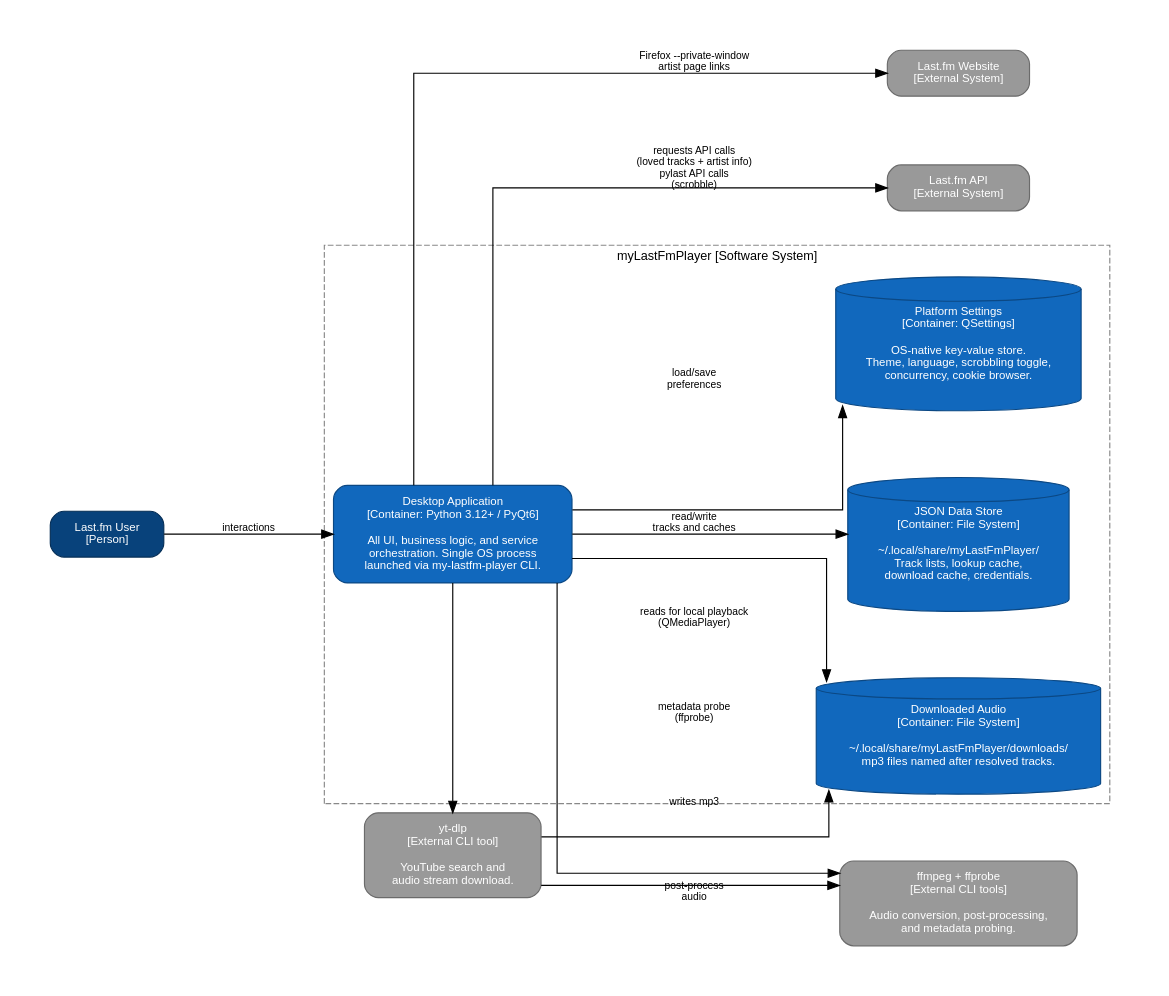
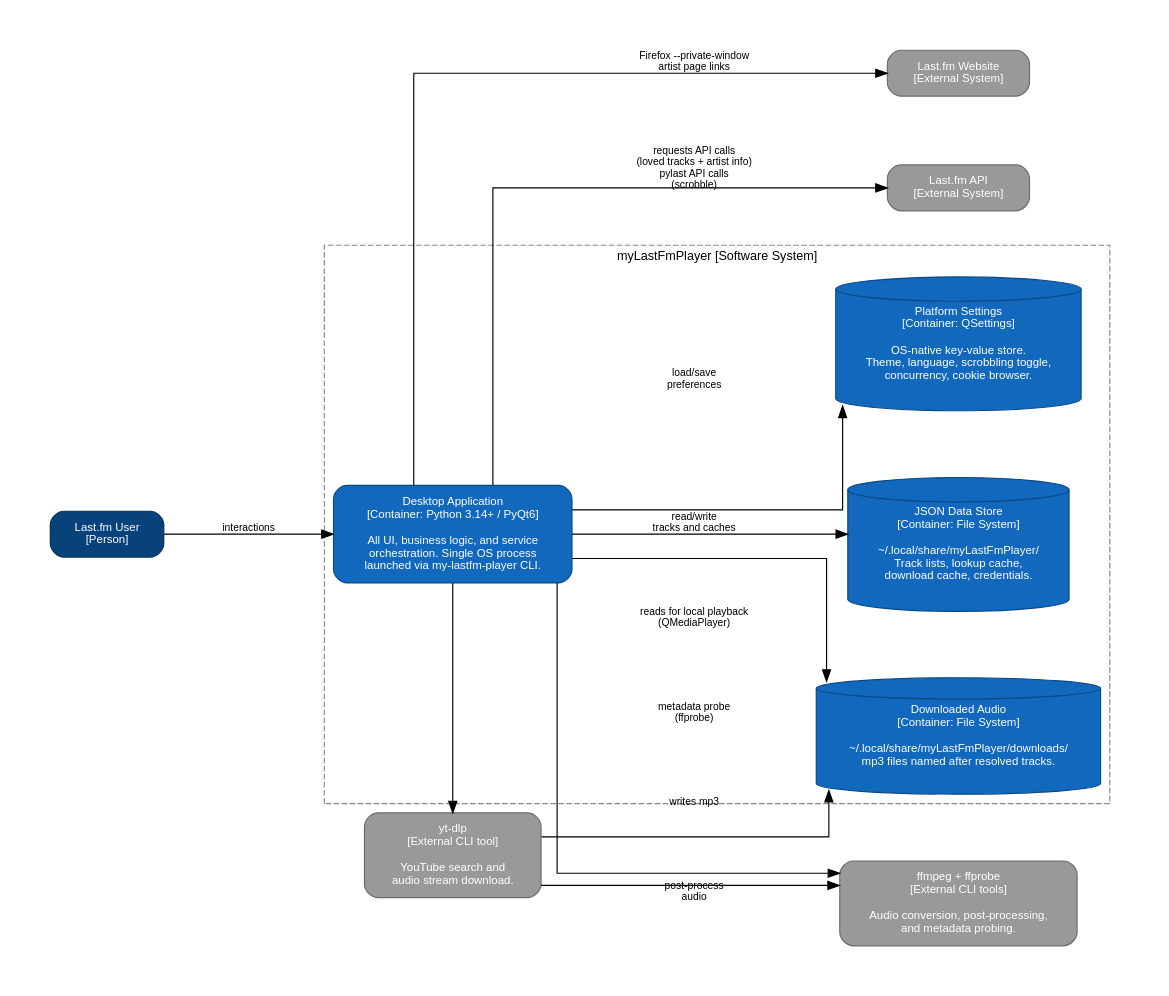
One commit to marcelpetrick/myLastFmPlayer changed the second of 5 diagrams in docs/architecture.rst. Above: the diagram before and after it, drawn with Graphviz. The commit also changed 7 other files, not shown here.

```diff
--- a/docs/architecture.rst
+++ b/docs/architecture.rst
@@ -56,60 +56,60 @@
 .. graphviz::
    :caption: Container view — processes, external tools, and storage
 
    digraph containers {
        graph [rankdir=LR, splines=ortho, pad=0.5, nodesep=0.8, ranksep=1.3];
        node [fontname="Helvetica", fontsize=10, margin="0.25,0.12"];
        edge [fontname="Helvetica", fontsize=9];
 
        user [label="Last.fm User\n[Person]",
              shape=box, style="rounded,filled",
              fillcolor="#08427b", fontcolor=white, color="#052e56"];
 
        subgraph cluster_system {
            label="myLastFmPlayer [Software System]";
            style=dashed; color="#888888"; fontname="Helvetica"; fontsize=11;
 
-           desktop [label="Desktop Application\n[Container: Python 3.12+ / PyQt6]\n\nAll UI, business logic, and service\norchestration. Single OS process\nlaunched via my-lastfm-player CLI.",
+           desktop [label="Desktop Application\n[Container: Python 3.14+ / PyQt6]\n\nAll UI, business logic, and service\norchestration. Single OS process\nlaunched via my-lastfm-player CLI.",
                     shape=box, style="rounded,filled",
                     fillcolor="#1168bd", fontcolor=white, color="#0b4884"];
 
            json_store [label="JSON Data Store\n[Container: File System]\n\n~/.local/share/myLastFmPlayer/\nTrack lists, lookup cache,\ndownload cache, credentials.",
                        shape=cylinder, style="filled",
                        fillcolor="#1168bd", fontcolor=white, color="#0b4884"];
 
            audio_files [label="Downloaded Audio\n[Container: File System]\n\n~/.local/share/myLastFmPlayer/downloads/\nmp3 files named after resolved tracks.",
                         shape=cylinder, style="filled",
                         fillcolor="#1168bd", fontcolor=white, color="#0b4884"];
 
            qt_settings [label="Platform Settings\n[Container: QSettings]\n\nOS-native key-value store.\nTheme, language, scrobbling toggle,\nconcurrency, cookie browser.",
                         shape=cylinder, style="filled",
                         fillcolor="#1168bd", fontcolor=white, color="#0b4884"];
        }
 
        ytdlp  [label="yt-dlp\n[External CLI tool]\n\nYouTube search and\naudio stream download.",
                shape=box, style="rounded,filled",
                fillcolor="#999999", fontcolor=white, color="#6b6b6b"];
 
        ffmpeg [label="ffmpeg + ffprobe\n[External CLI tools]\n\nAudio conversion, post-processing,\nand metadata probing.",
                shape=box, style="rounded,filled",
                fillcolor="#999999", fontcolor=white, color="#6b6b6b"];
 
        lastfm_web [label="Last.fm Website\n[External System]",
                    shape=box, style="rounded,filled",
                    fillcolor="#999999", fontcolor=white, color="#6b6b6b"];
 
        lastfm_api [label="Last.fm API\n[External System]",
                    shape=box, style="rounded,filled",
                    fillcolor="#999999", fontcolor=white, color="#6b6b6b"];
 
        user     -> desktop    [label="interactions"];
        desktop  -> json_store [label="read/write\ntracks and caches"];
        desktop  -> audio_files[label="reads for local playback\n(QMediaPlayer)"];
        desktop  -> qt_settings[label="load/save\npreferences"];
        desktop  -> ytdlp      [label="subprocess\n(search + download)"];
        desktop  -> ffmpeg      [label="metadata probe\n(ffprobe)"];
        ytdlp    -> ffmpeg      [label="post-process\naudio"];
        ytdlp    -> audio_files [label="writes mp3"];
        desktop  -> lastfm_api  [label="requests API calls\n(loved tracks + artist info)\npylast API calls\n(scrobble)"];
        desktop  -> lastfm_web  [label="Firefox --private-window\nartist page links"];
    }
```
